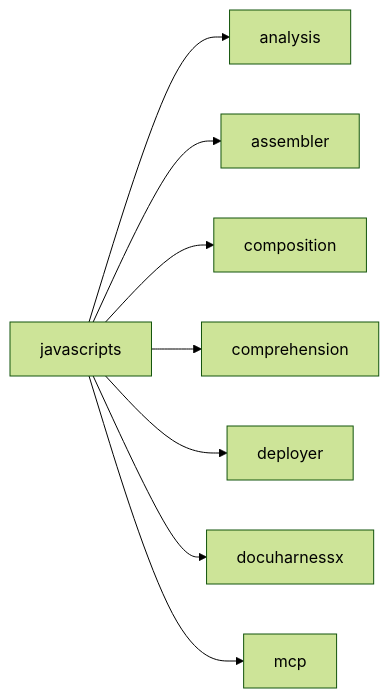
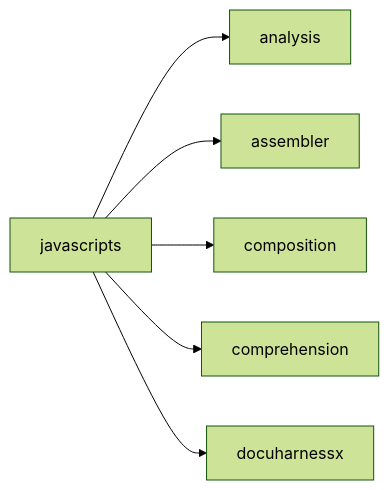
Before and after one commit to norandom/DocuHarnessX: diagram 17 of 30 in docs/glossary.md, drawn with Mermaid (forest theme). The commit also changed other lines of this file and 2 other files, not shown here.

````diff
--- a/docs/glossary.md
+++ b/docs/glossary.md
@@ -619,18 +614,14 @@
 ```mermaid
 flowchart LR
   here["javascripts"]
   r0["analysis"]
   here --> r0
   r1["assembler"]
   here --> r1
   r2["composition"]
   here --> r2
   r3["comprehension"]
   here --> r3
-  r4["deployer"]
+  r4["docuharnessx"]
   here --> r4
-  r5["docuharnessx"]
-  here --> r5
-  r6["mcp"]
-  here --> r6
 ```
````
